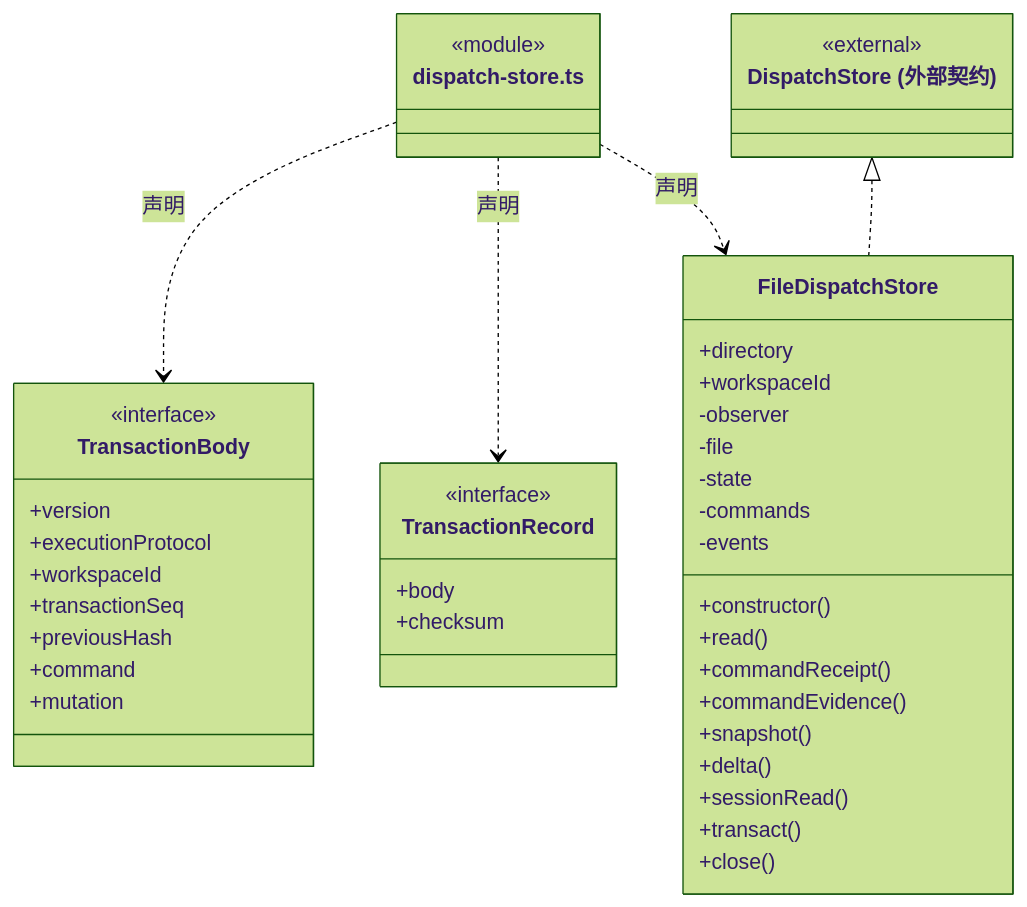
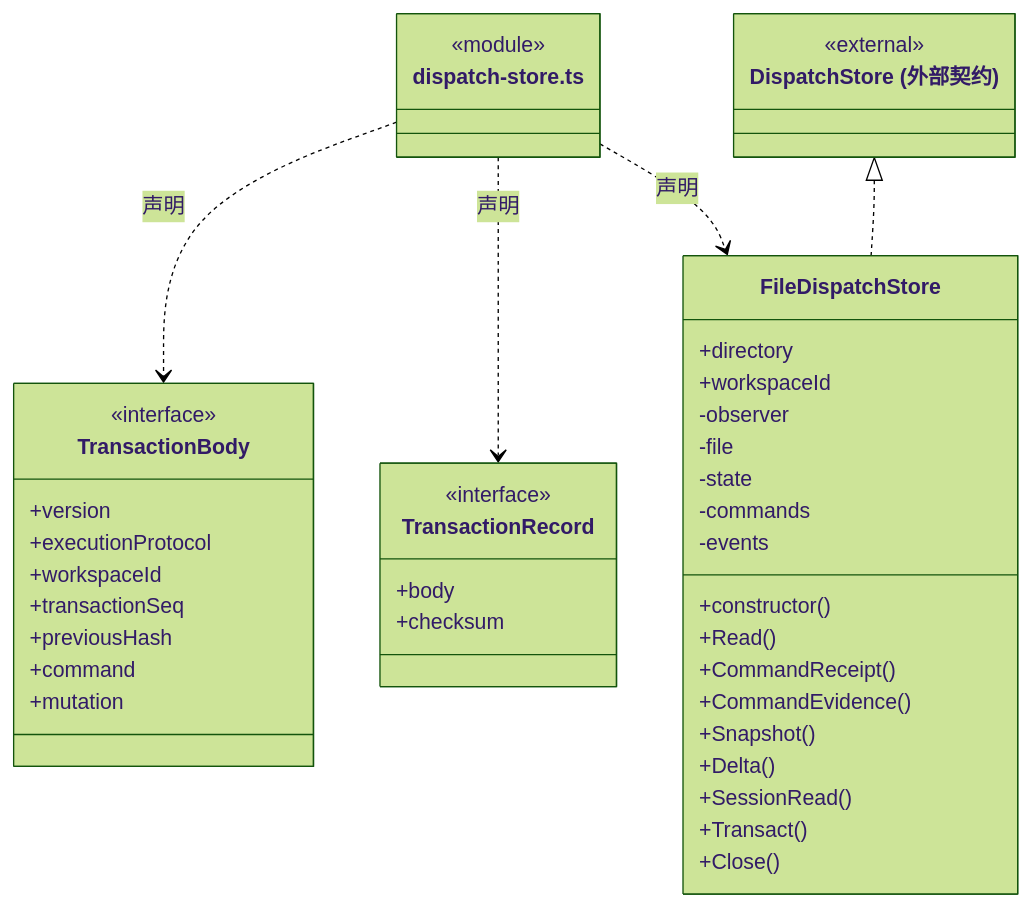
Before and after one commit to nan023062/cbim: the first of 4 diagrams in src/logic/dispatch/storage/ARCHITECTURE.md, drawn with Mermaid (forest theme). The commit also changed other lines of this file and 1035 other files, not shown here.

````diff
--- a/src/logic/dispatch/storage/ARCHITECTURE.md
+++ b/src/logic/dispatch/storage/ARCHITECTURE.md
@@ -26,46 +26,46 @@
 ```mermaid
 classDiagram
 class N_src_logic_dispatch_storage_dispatch_store_ts["dispatch-store.ts"] {
   <<module>>
 }
 class N_src_logic_dispatch_storage_dispatch_store_ts_TransactionBody["TransactionBody"] {
   <<interface>>
   +version
   +executionProtocol
   +workspaceId
   +transactionSeq
   +previousHash
   +command
   +mutation
 }
 N_src_logic_dispatch_storage_dispatch_store_ts ..> N_src_logic_dispatch_storage_dispatch_store_ts_TransactionBody : 声明
 class N_src_logic_dispatch_storage_dispatch_store_ts_TransactionRecord["TransactionRecord"] {
   <<interface>>
   +body
   +checksum
 }
 N_src_logic_dispatch_storage_dispatch_store_ts ..> N_src_logic_dispatch_storage_dispatch_store_ts_TransactionRecord : 声明
 class N_src_logic_dispatch_storage_dispatch_store_ts_FileDispatchStore["FileDispatchStore"] {
   +directory
   +workspaceId
   +constructor()
-  +read()
-  +commandReceipt()
-  +commandEvidence()
-  +snapshot()
-  +delta()
-  +sessionRead()
-  +transact()
-  +close()
+  +Read()
+  +CommandReceipt()
+  +CommandEvidence()
+  +Snapshot()
+  +Delta()
+  +SessionRead()
+  +Transact()
+  +Close()
   -observer
   -file
   -state
   -commands
   -events
 }
 N_src_logic_dispatch_storage_dispatch_store_ts ..> N_src_logic_dispatch_storage_dispatch_store_ts_FileDispatchStore : 声明
 class N_src_logic_dispatch_storage_dispatch_store_ts_external_DispatchStore["DispatchStore (外部契约)"] {
   <<external>>
 }
 N_src_logic_dispatch_storage_dispatch_store_ts_external_DispatchStore <|.. N_src_logic_dispatch_storage_dispatch_store_ts_FileDispatchStore
 ```
````
